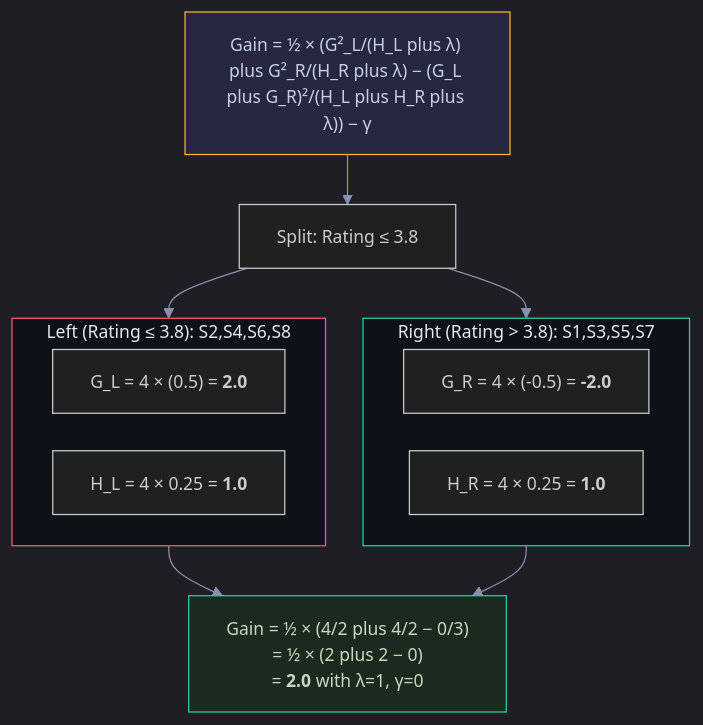
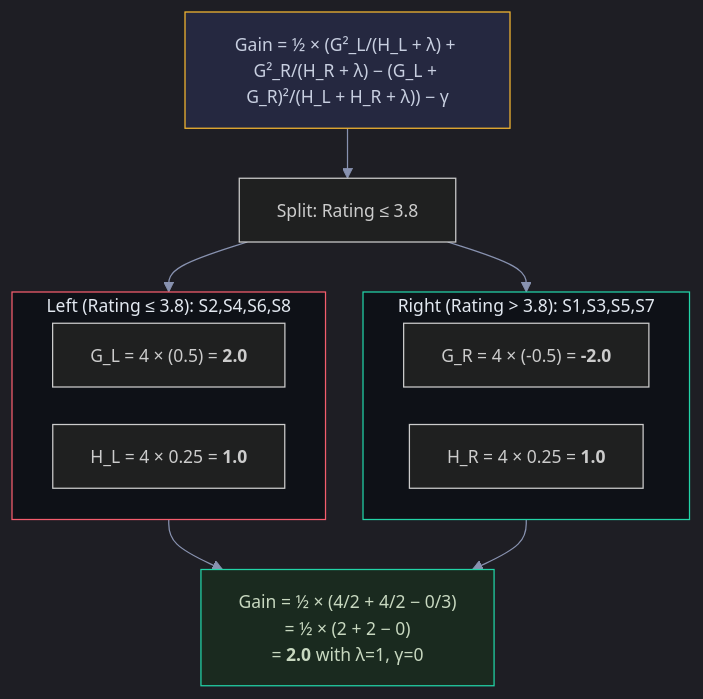
The fifth of 11 diagrams in Documents/Visual_Guides/ML_Concepts/XGBoost_Visual.md (snehith1234/StudyCircle), drawn with Mermaid before and after one commit. The commit also changed other lines of this file and 10 other files, not shown here.

First line of the commit message:
Fix Mermaid formatting and add RNN/LSTM guides

````diff
--- a/Documents/Visual_Guides/ML_Concepts/XGBoost_Visual.md
+++ b/Documents/Visual_Guides/ML_Concepts/XGBoost_Visual.md
@@ -109,25 +109,25 @@
 ```mermaid
 %%{init: {'theme': 'dark', 'themeVariables': {'darkMode': true, 'background': '#0e1117', 'primaryColor': '#1a1d2e', 'primaryTextColor': '#e2e8f0', 'primaryBorderColor': '#2d3148', 'lineColor': '#8892b0', 'secondaryColor': '#252840', 'tertiaryColor': '#1a1d2e', 'fontSize': '14px', 'edgeLabelBackground': '#0e1117'}, 'flowchart': {'nodeSpacing': 30, 'rankSpacing': 40, 'padding': 15, 'htmlLabels': true}}}%%
 graph TD
-    FORMULA["Gain = ½ × (G²_L/(H_L plus λ) plus G²_R/(H_R plus λ) − (G_L plus G_R)²/(H_L plus H_R plus λ)) − γ"]
+    FORMULA["Gain = ½ × (G²_L/(H_L + λ) + G²_R/(H_R + λ) − (G_L + G_R)²/(H_L + H_R + λ)) − γ"]
 
     FORMULA --> EXAMPLE["Split: Rating ≤ 3.8"]
 
     subgraph LEFT["Left (Rating ≤ 3.8): S2,S4,S6,S8"]
         GL["G_L = 4 × (0.5) = <b>2.0</b>"]
         HL["H_L = 4 × 0.25 = <b>1.0</b>"]
     end
 
     subgraph RIGHT["Right (Rating > 3.8): S1,S3,S5,S7"]
         GR["G_R = 4 × (-0.5) = <b>-2.0</b>"]
         HR["H_R = 4 × 0.25 = <b>1.0</b>"]
     end
 
     EXAMPLE --> LEFT & RIGHT
-    LEFT & RIGHT --> CALC["Gain = ½ × (4/2 plus 4/2 − 0/3)<br/>= ½ × (2 plus 2 − 0)<br/>= <b>2.0</b> with λ=1, γ=0"]
+    LEFT & RIGHT --> CALC["Gain = ½ × (4/2 + 4/2 − 0/3)<br/>= ½ × (2 + 2 − 0)<br/>= <b>2.0</b> with λ=1, γ=0"]
 
     style FORMULA fill:#252840,stroke:#f5b731,color:#c8cfe0
     style LEFT fill:#0e1117,stroke:#f45d6d,color:#e2e8f0
     style RIGHT fill:#0e1117,stroke:#22d3a7,color:#e2e8f0
     style CALC fill:#1a2a1f,stroke:#22d3a7,color:#c8d8c0
 ```
````
